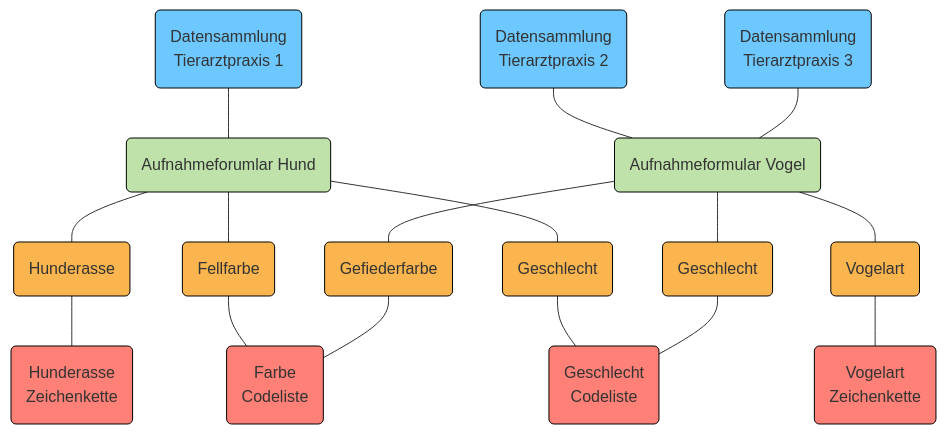
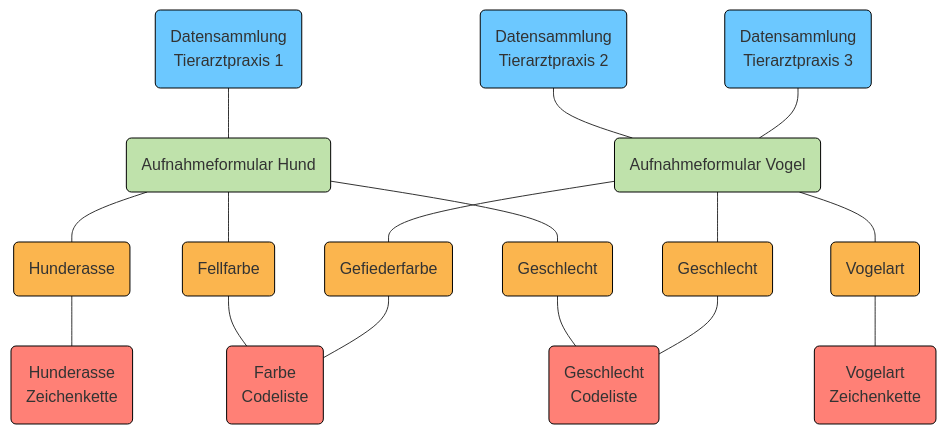
Before and after one commit to I14Y-ch/handbook: the fourth of 4 diagrams in content/de/2_rollen_prozesse/3_informationsmodell.md, drawn with Mermaid.

Commit message:
Tippfehler korrigiert

````diff
--- a/content/de/2_rollen_prozesse/3_informationsmodell.md
+++ b/content/de/2_rollen_prozesse/3_informationsmodell.md
@@ -173,73 +173,73 @@
 ```mermaid
     flowchart TD
         dataset1(Datensammlung \nTierarztpraxis 1)
         dataset2(Datensammlung \nTierarztpraxis 2)
         dataset3(Datensammlung \nTierarztpraxis 3)
-        structure1(Aufnahmeforumlar Hund)
+        structure1(Aufnahmeformular Hund)
         structure2(Aufnahmeformular Vogel)
         dataelement11(Hunderasse)
         dataelement12(Fellfarbe)
         dataelement13(Geschlecht)
         dataelement21(Geschlecht)
         dataelement22(Gefiederfarbe)
         dataelement23(Vogelart)
         concept1(Hunderasse \nZeichenkette)
         concept2(Farbe \nCodeliste)
         concept3(Geschlecht \nCodeliste)
         concept4(Vogelart \nZeichenkette)
 
         dataset1---structure1
         structure1---dataelement11
         structure1---dataelement12
         structure1---dataelement13
 
         dataset2---structure2
         dataset3---structure2
         structure2---dataelement21 
         structure2---dataelement22 
         structure2---dataelement23 
 
         dataelement11---concept1
         dataelement12---concept2
         dataelement13---concept3
         dataelement21---concept3
         dataelement22---concept2
         dataelement23---concept4
 
 
     style dataset1 fill:#6CC8FF
     style dataset1 stroke:black
     style dataset2 fill:#6CC8FF
     style dataset2 stroke:black
     style dataset3 fill:#6CC8FF
     style dataset3 stroke:black
 
     style structure1 fill:#Bfe2ab
     style structure1 stroke:black
     style structure2 fill:#Bfe2ab
     style structure2 stroke:black
 
     style concept1 fill:#Ff8076
     style concept1 stroke:black
     style concept2 fill:#Ff8076
     style concept2 stroke:black
     style concept3 fill:#Ff8076
     style concept3 stroke:black
     style concept4 fill:#Ff8076
     style concept4 stroke:black
 
     style dataelement11 fill:#Fbb54e
     style dataelement11 stroke:black
     style dataelement12 fill:#Fbb54e
     style dataelement12 stroke:black
     style dataelement13 fill:#Fbb54e
     style dataelement13 stroke:black
 
     style dataelement21 fill:#Fbb54e
     style dataelement21 stroke:black
     style dataelement22 fill:#Fbb54e
     style dataelement22 stroke:black
     style dataelement23 fill:#Fbb54e
     style dataelement23 stroke:black
 
 ```
````
